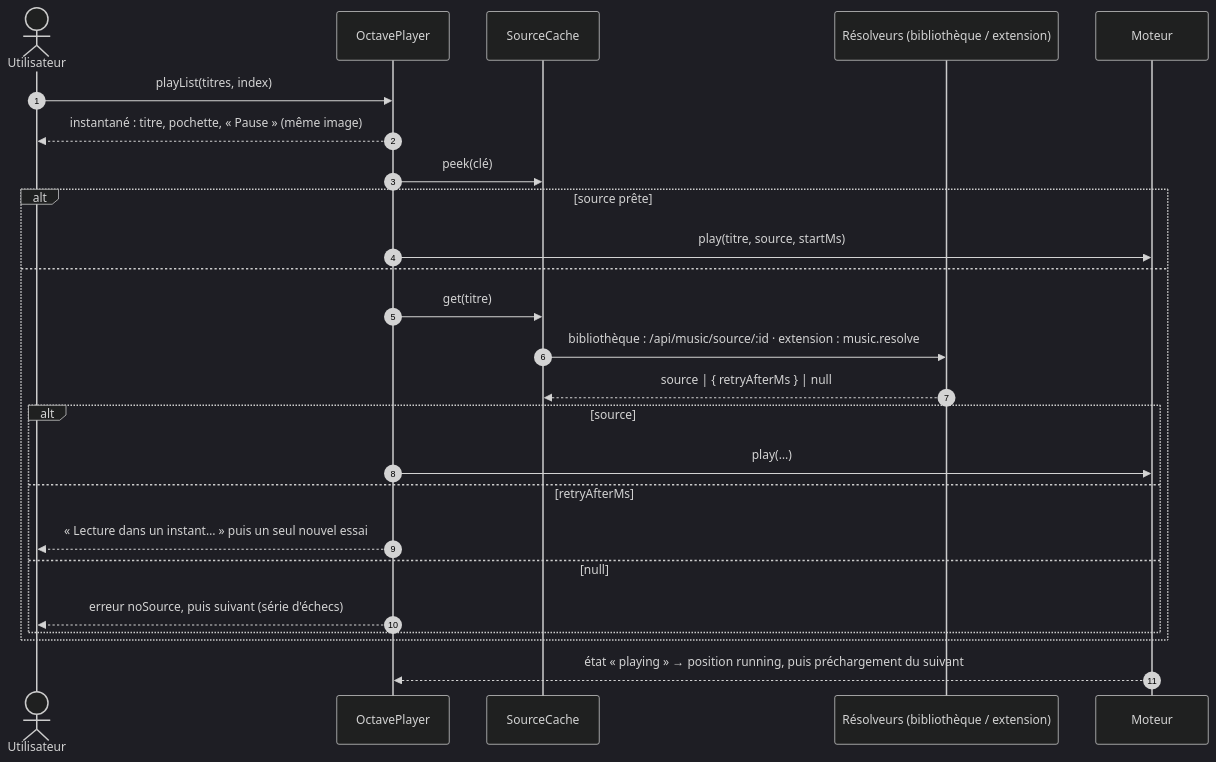
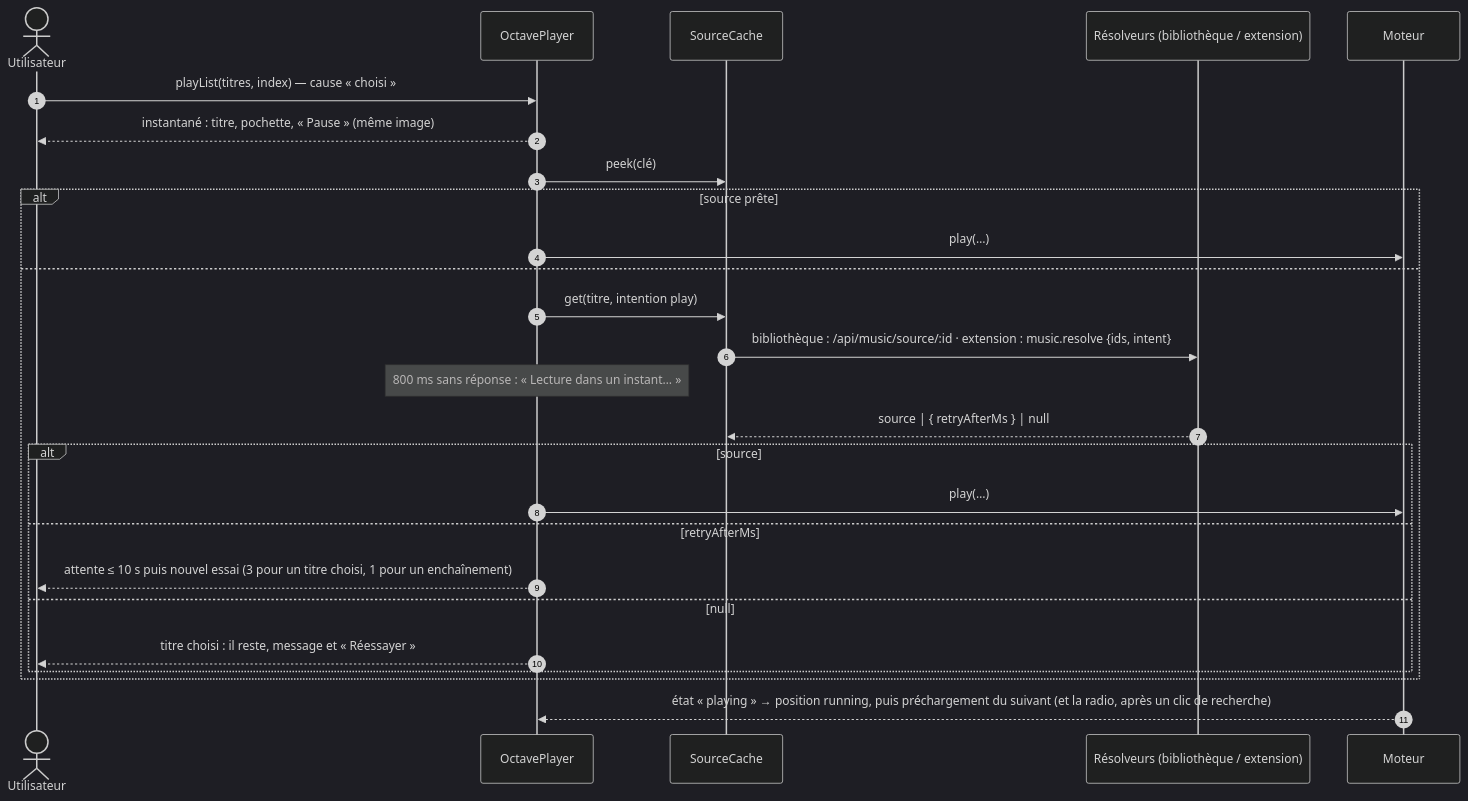
The second of 4 diagrams in docs/octave/LECTEUR.md (Knaox/Tentacle-TV), drawn with Mermaid (dark theme) before and after one commit. The commit also changed other lines of this file, not shown here.

Commit message:
docs(octave) : lecteur de l'intégration finale — titre choisi jamais sauté, Réessayer, attente à 800 ms, radio sans fin, coupure au bureau

````diff
--- a/docs/octave/LECTEUR.md
+++ b/docs/octave/LECTEUR.md
@@ -124,27 +134,28 @@
 ```mermaid
 sequenceDiagram
   autonumber
   actor U as Utilisateur
   participant PL as OctavePlayer
   participant SC as SourceCache
   participant R as Résolveurs (bibliothèque / extension)
   participant E as Moteur
-  U->>PL: playList(titres, index)
+  U->>PL: playList(titres, index) — cause « choisi »
   PL-->>U: instantané : titre, pochette, « Pause » (même image)
   PL->>SC: peek(clé)
   alt source prête
-    PL->>E: play(titre, source, startMs)
+    PL->>E: play(…)
   else
-    PL->>SC: get(titre)
-    SC->>R: bibliothèque : /api/music/source/:id · extension : music.resolve
+    PL->>SC: get(titre, intention play)
+    SC->>R: bibliothèque : /api/music/source/:id · extension : music.resolve {ids, intent}
+    Note over PL: 800 ms sans réponse : « Lecture dans un instant… »
     R-->>SC: source | { retryAfterMs } | null
     alt source
       PL->>E: play(…)
     else retryAfterMs
-      PL-->>U: « Lecture dans un instant… » puis un seul nouvel essai
+      PL-->>U: attente ≤ 10 s puis nouvel essai (3 pour un titre choisi, 1 pour un enchaînement)
     else null
-      PL-->>U: erreur noSource, puis suivant (série d'échecs)
+      PL-->>U: titre choisi : il reste, message et « Réessayer »
     end
   end
-  E-->>PL: état « playing » → position running, puis préchargement du suivant
+  E-->>PL: état « playing » → position running, puis préchargement du suivant (et la radio, après un clic de recherche)
 ```
````
